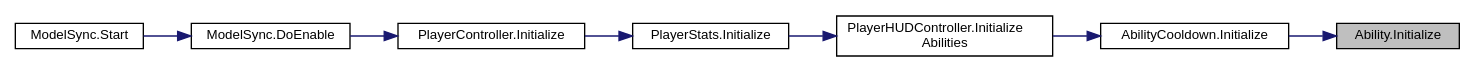
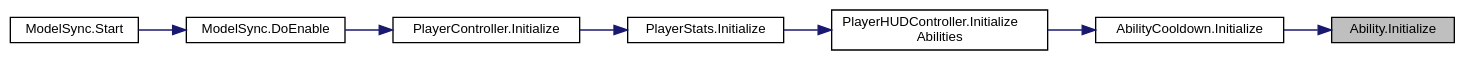
Before and after one commit to AleixFerre/TFG-Docs: the diagram in docs/class_ability_a680fce4c2981c462afc82d28fe3958ef_icgraph.dot, drawn with Graphviz. The commit also changed 448 other files, not shown here.

```diff
--- a/docs/class_ability_a680fce4c2981c462afc82d28fe3958ef_icgraph.dot
+++ b/docs/class_ability_a680fce4c2981c462afc82d28fe3958ef_icgraph.dot
@@ -1,21 +1,22 @@
 digraph "Ability.Initialize"
 {
  // INTERACTIVE_SVG=YES
  // LATEX_PDF_SIZE
+  bgcolor="transparent";
   edge [fontname="Helvetica",fontsize="10",labelfontname="Helvetica",labelfontsize="10"];
   node [fontname="Helvetica",fontsize="10",shape=record];
   rankdir="RL";
   Node1 [label="Ability.Initialize",height=0.2,width=0.4,color="black", fillcolor="grey75", style="filled", fontcolor="black",tooltip=" "];
   Node1 -> Node2 [dir="back",color="midnightblue",fontsize="10",style="solid",fontname="Helvetica"];
-  Node2 [label="AbilityCooldown.Initialize",height=0.2,width=0.4,color="black", fillcolor="white", style="filled",URL="$class_ability_cooldown.html#aa01c150ac26f1694a1e174e152510094",tooltip="Initializes the current AbilityCooldown."];
+  Node2 [label="AbilityCooldown.Initialize",height=0.2,width=0.4,color="black",URL="$class_ability_cooldown.html#aa01c150ac26f1694a1e174e152510094",tooltip="Initializes the current AbilityCooldown."];
   Node2 -> Node3 [dir="back",color="midnightblue",fontsize="10",style="solid",fontname="Helvetica"];
-  Node3 [label="PlayerHUDController.Initialize\lAbilities",height=0.2,width=0.4,color="black", fillcolor="white", style="filled",URL="$class_player_h_u_d_controller.html#adf30ead91cd36140e32d0ad158fbbae4",tooltip=" "];
+  Node3 [label="PlayerHUDController.Initialize\lAbilities",height=0.2,width=0.4,color="black",URL="$class_player_h_u_d_controller.html#adf30ead91cd36140e32d0ad158fbbae4",tooltip=" "];
   Node3 -> Node4 [dir="back",color="midnightblue",fontsize="10",style="solid",fontname="Helvetica"];
-  Node4 [label="PlayerStats.Initialize",height=0.2,width=0.4,color="black", fillcolor="white", style="filled",URL="$class_player_stats.html#ae874ab5cbb490cbdcf3f5613b8bc2240",tooltip="Initialize the actual Stats of the Player."];
+  Node4 [label="PlayerStats.Initialize",height=0.2,width=0.4,color="black",URL="$class_player_stats.html#ae874ab5cbb490cbdcf3f5613b8bc2240",tooltip="Initialize the actual Stats of the Player."];
   Node4 -> Node5 [dir="back",color="midnightblue",fontsize="10",style="solid",fontname="Helvetica"];
-  Node5 [label="PlayerController.Initialize",height=0.2,width=0.4,color="black", fillcolor="white", style="filled",URL="$class_player_controller.html#a75e94e4fd555e57e55ab4b7e54024dcf",tooltip="Initialize the PlayerController."];
+  Node5 [label="PlayerController.Initialize",height=0.2,width=0.4,color="black",URL="$class_player_controller.html#a75e94e4fd555e57e55ab4b7e54024dcf",tooltip="Initialize the PlayerController."];
   Node5 -> Node6 [dir="back",color="midnightblue",fontsize="10",style="solid",fontname="Helvetica"];
-  Node6 [label="ModelSync.DoEnable",height=0.2,width=0.4,color="black", fillcolor="white", style="filled",URL="$class_model_sync.html#ab8359f73ae31a7f926c80ebcd7e9444a",tooltip="This starts all the initialization chain for the player."];
+  Node6 [label="ModelSync.DoEnable",height=0.2,width=0.4,color="black",URL="$class_model_sync.html#ab8359f73ae31a7f926c80ebcd7e9444a",tooltip="This starts all the initialization chain for the player."];
   Node6 -> Node7 [dir="back",color="midnightblue",fontsize="10",style="solid",fontname="Helvetica"];
-  Node7 [label="ModelSync.Start",height=0.2,width=0.4,color="black", fillcolor="white", style="filled",URL="$class_model_sync.html#a47be08ee3bbd2a173514e74da3dd65cb",tooltip=" "];
+  Node7 [label="ModelSync.Start",height=0.2,width=0.4,color="black",URL="$class_model_sync.html#a47be08ee3bbd2a173514e74da3dd65cb",tooltip=" "];
 }
```
